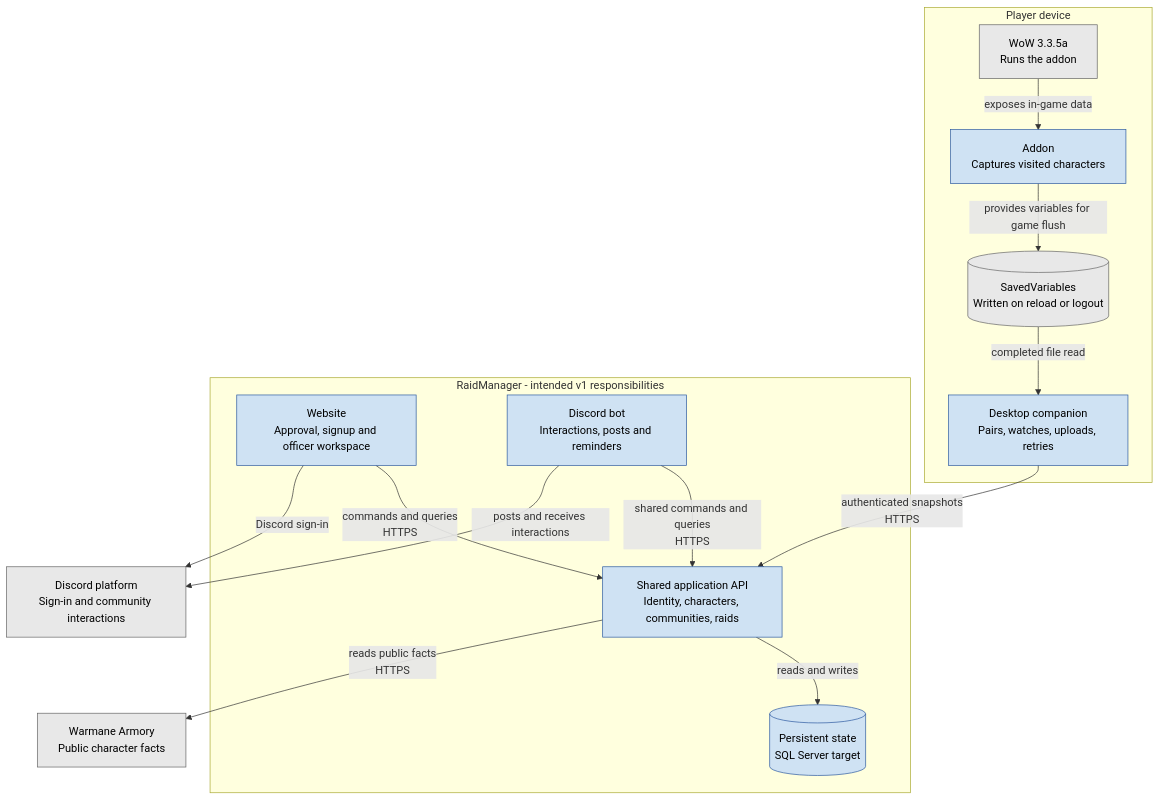
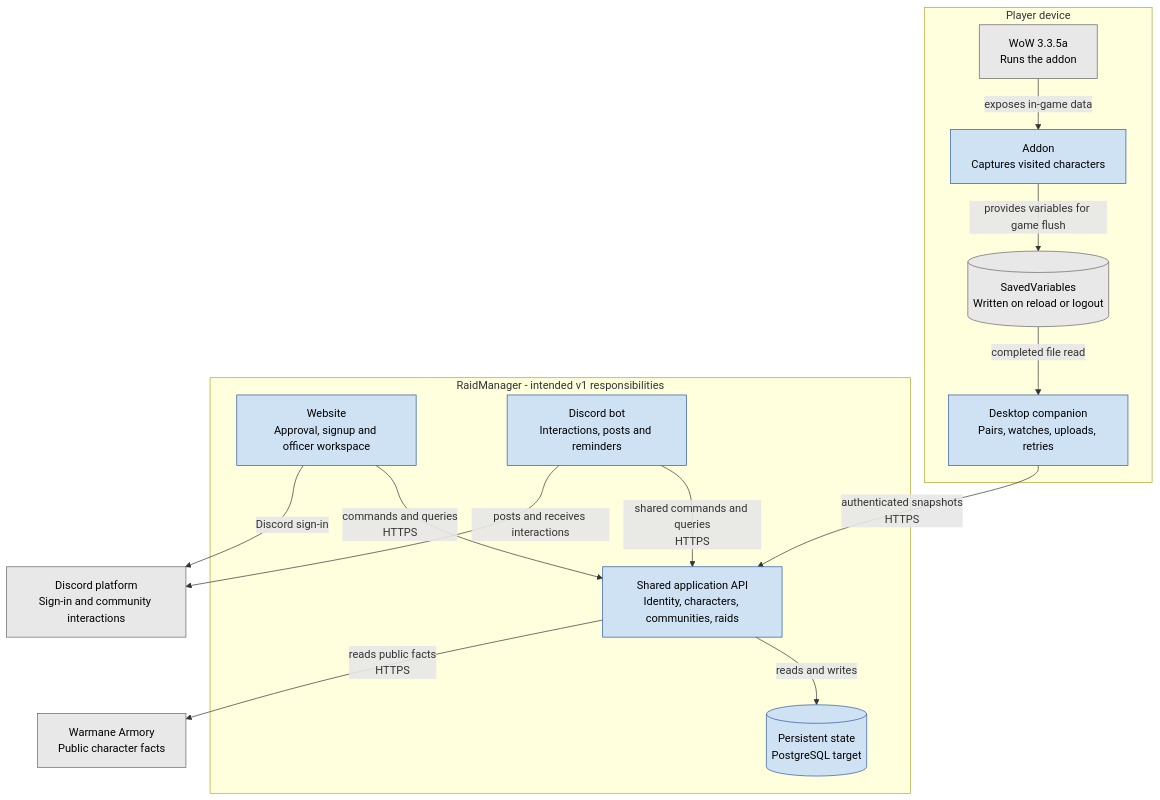
The diagram in docs/diagrams/component-system.mmd (AnnabiGihed/RaidManager), drawn with Mermaid before and after one commit. The commit also changed 54 other files, not shown here.

Commit message:
feat(persistence): move the database from SQL Server to PostgreSQL (#411) (#440)

```diff
--- a/docs/diagrams/component-system.mmd
+++ b/docs/diagrams/component-system.mmd
@@ -1,32 +1,32 @@
 flowchart TB
     subgraph device[Player device]
         game[WoW 3.3.5a<br/>Runs the addon]
         addon[Addon<br/>Captures visited characters]
         files[(SavedVariables<br/>Written on reload or logout)]
         companion[Desktop companion<br/>Pairs, watches, uploads, retries]
     end
 
     subgraph platform[RaidManager - intended v1 responsibilities]
         web[Website<br/>Approval, signup and officer workspace]
         api[Shared application API<br/>Identity, characters, communities, raids]
         bot[Discord bot<br/>Interactions, posts and reminders]
-        store[(Persistent state<br/>SQL Server target)]
+        store[(Persistent state<br/>PostgreSQL target)]
     end
 
     discord[Discord platform<br/>Sign-in and community interactions]
     armory[Warmane Armory<br/>Public character facts]
     game -->|exposes in-game data| addon
     addon -->|provides variables for game flush| files
     files -->|completed file read| companion
     companion -->|authenticated snapshots<br/>HTTPS| api
     web -->|commands and queries<br/>HTTPS| api
     bot -->|shared commands and queries<br/>HTTPS| api
     api -->|reads and writes| store
     bot -->|posts and receives interactions| discord
     web -->|Discord sign-in| discord
     api -->|reads public facts<br/>HTTPS| armory
 
     classDef internal fill:#cfe2f3,stroke:#2c5aa0,stroke-width:1px,color:#000
     classDef external fill:#e8e8e8,stroke:#666,stroke-width:1px,color:#000
     class addon,companion,web,api,bot,store internal
     class game,files,discord,armory external
```
